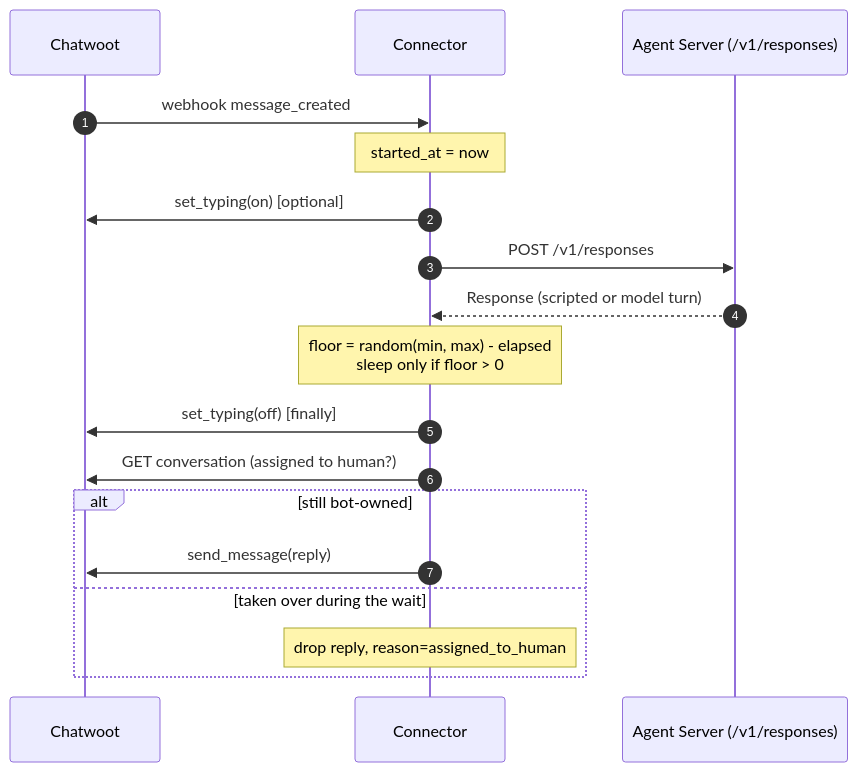
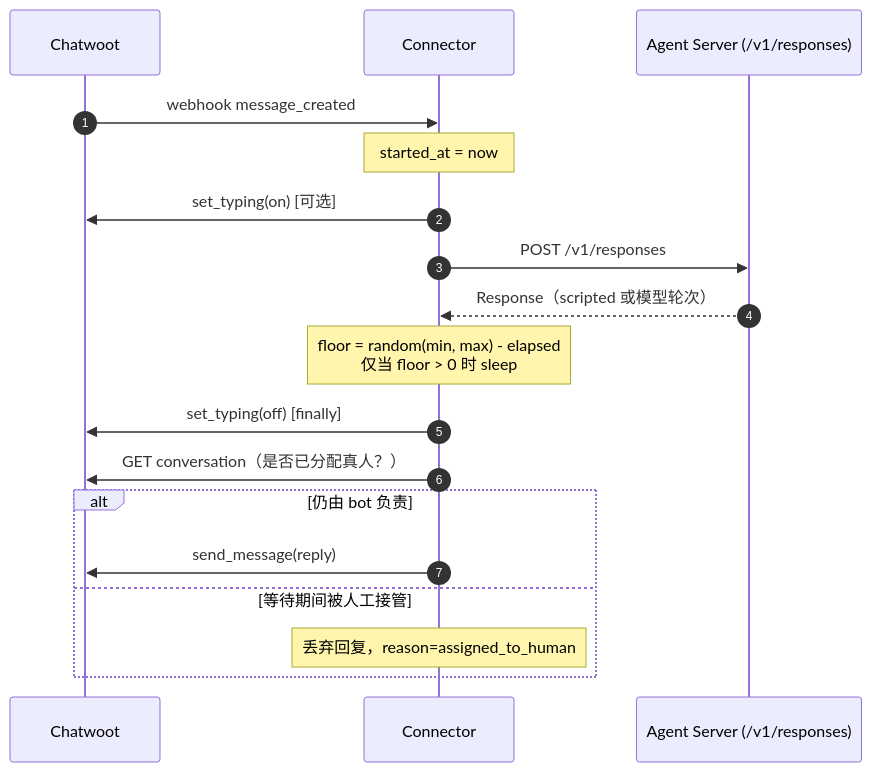
Before and after one commit to komiyoo/anyagent: the diagram in docs/architecture/integrations/platform-connectors.md, drawn with Mermaid. The commit also changed other lines of this file and 1 other file, not shown here.

Commit message:
docs: write connector typing/pacing section in Chinese

````diff
--- a/docs/architecture/integrations/platform-connectors.md
+++ b/docs/architecture/integrations/platform-connectors.md
@@ -87,21 +77,21 @@
 ```mermaid
 sequenceDiagram
   autonumber
   participant CW as Chatwoot
   participant C as Connector
   participant S as Agent Server (/v1/responses)
 
   CW->>C: webhook message_created
   Note over C: started_at = now
-  C->>CW: set_typing(on)  [optional]
+  C->>CW: set_typing(on)  [可选]
   C->>S: POST /v1/responses
-  S-->>C: Response (scripted or model turn)
-  Note over C: floor = random(min, max) - elapsed<br/>sleep only if floor > 0
+  S-->>C: Response（scripted 或模型轮次）
+  Note over C: floor = random(min, max) - elapsed<br/>仅当 floor > 0 时 sleep
   C->>CW: set_typing(off)  [finally]
-  C->>CW: GET conversation (assigned to human?)
-  alt still bot-owned
+  C->>CW: GET conversation（是否已分配真人？）
+  alt 仍由 bot 负责
     C->>CW: send_message(reply)
-  else taken over during the wait
-    Note over C: drop reply, reason=assigned_to_human
+  else 等待期间被人工接管
+    Note over C: 丢弃回复，reason=assigned_to_human
   end
 ```
````
